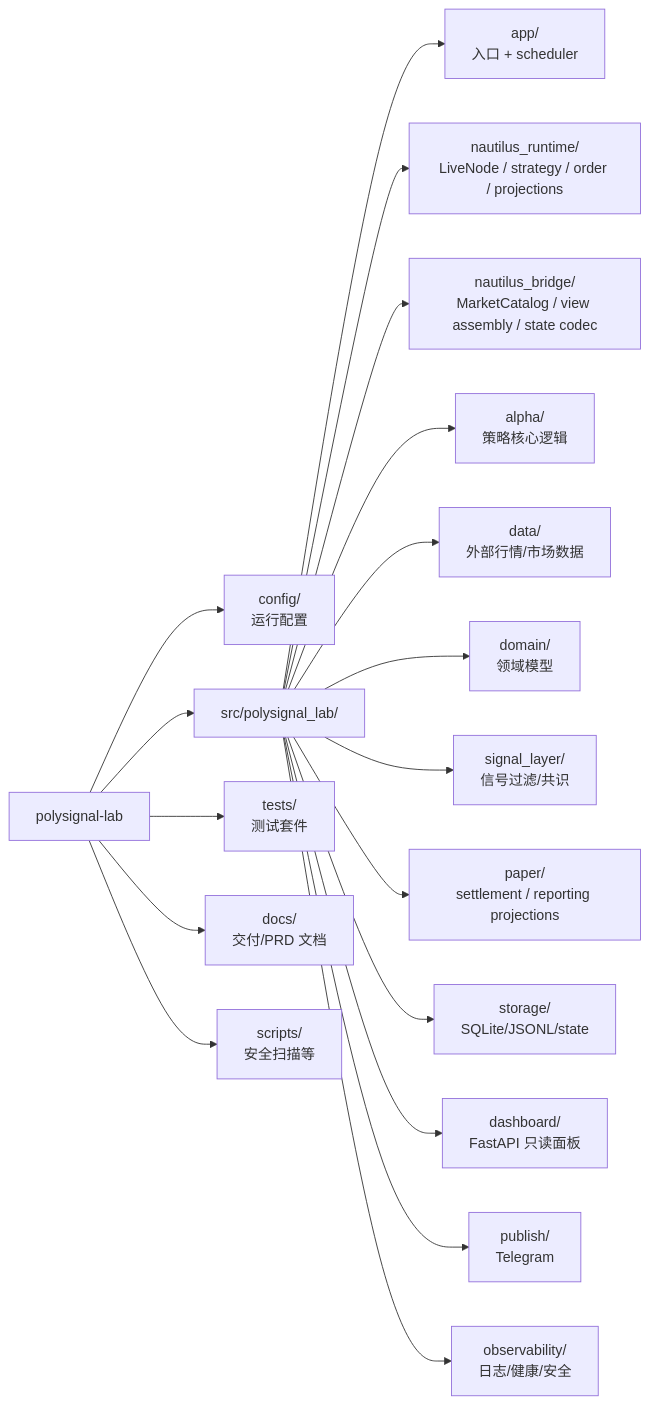
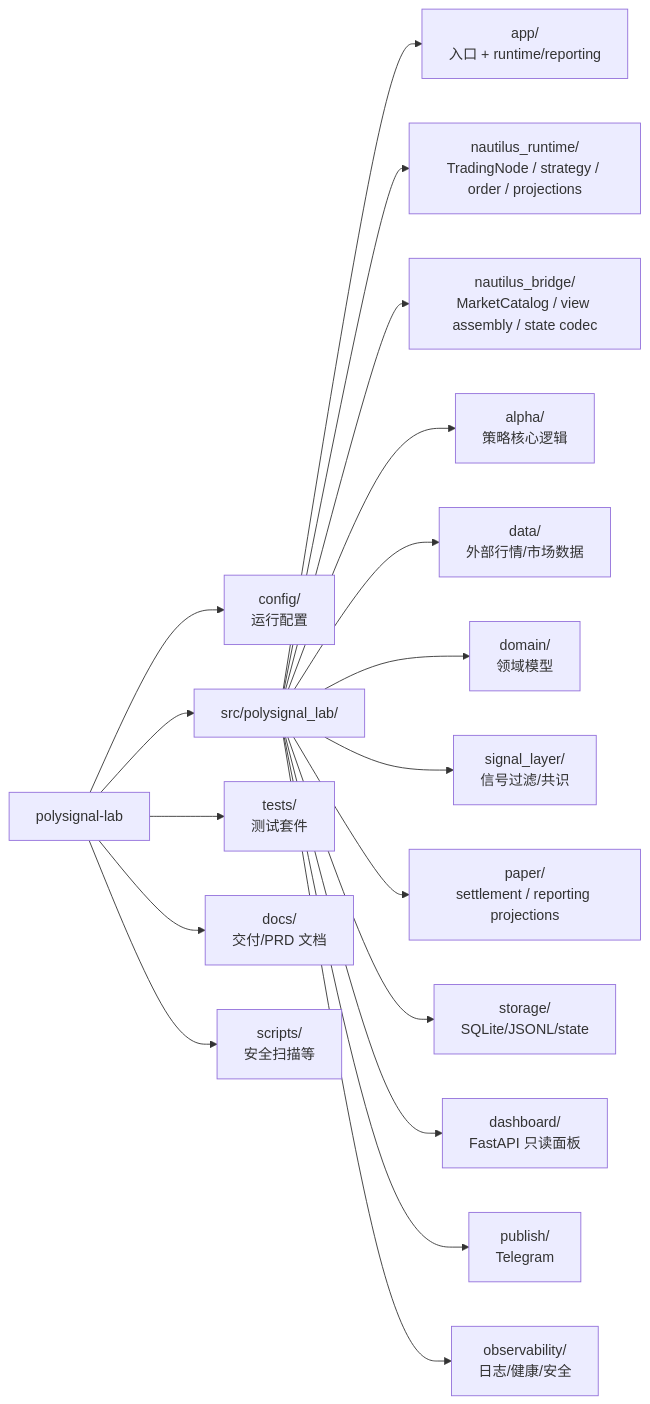
The third of 7 diagrams in docs/PROJECT_ARCHITECTURE_VISUAL.md (6Kmfi6HP/polysignal-lab), drawn with Mermaid before and after one commit. The commit also changed other lines of this file and 298 other files, not shown here.

Commit message:
feat: complete Nautilus runtime integration

````diff
--- a/docs/PROJECT_ARCHITECTURE_VISUAL.md
+++ b/docs/PROJECT_ARCHITECTURE_VISUAL.md
@@ -75,21 +75,21 @@
 ```mermaid
 flowchart LR
   Root["polysignal-lab"] --> Config["config/<br/>运行配置"]
   Root --> Src["src/polysignal_lab/"]
   Root --> Tests["tests/<br/>测试套件"]
   Root --> Docs["docs/<br/>交付/PRD 文档"]
   Root --> Scripts["scripts/<br/>安全扫描等"]
 
-  Src --> App["app/<br/>入口 + scheduler"]
-  Src --> NautilusRuntime["nautilus_runtime/<br/>LiveNode / strategy / order / projections"]
+  Src --> App["app/<br/>入口 + runtime/reporting"]
+  Src --> NautilusRuntime["nautilus_runtime/<br/>TradingNode / strategy / order / projections"]
   Src --> NautilusBridge["nautilus_bridge/<br/>MarketCatalog / view assembly / state codec"]
   Src --> Alpha["alpha/<br/>策略核心逻辑"]
   Src --> Data["data/<br/>外部行情/市场数据"]
   Src --> Domain["domain/<br/>领域模型"]
   Src --> Signal["signal_layer/<br/>信号过滤/共识"]
   Src --> Paper["paper/<br/>settlement / reporting projections"]
   Src --> Storage["storage/<br/>SQLite/JSONL/state"]
   Src --> Dashboard["dashboard/<br/>FastAPI 只读面板"]
   Src --> Publish["publish/<br/>Telegram"]
   Src --> Observability["observability/<br/>日志/健康/安全"]
 ```
````
